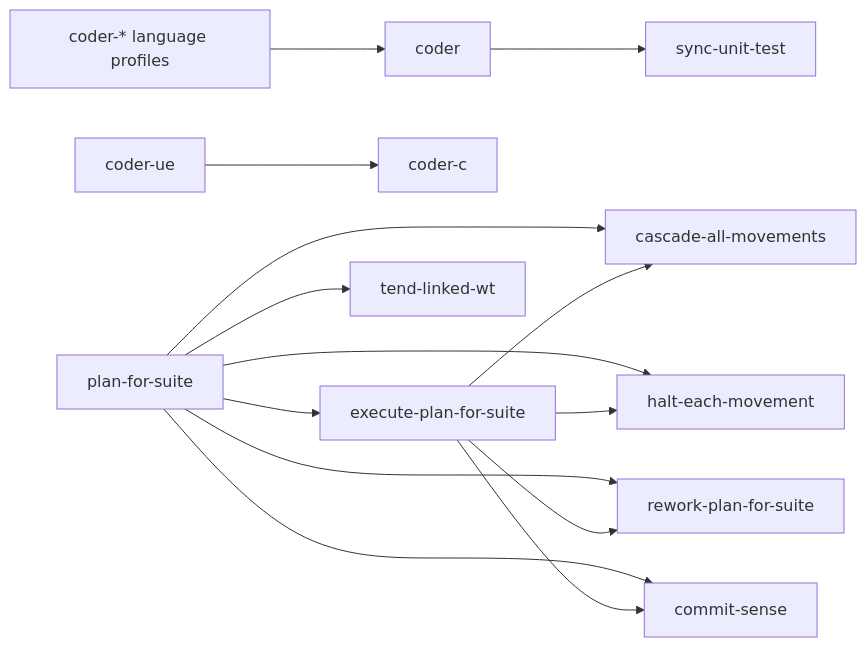
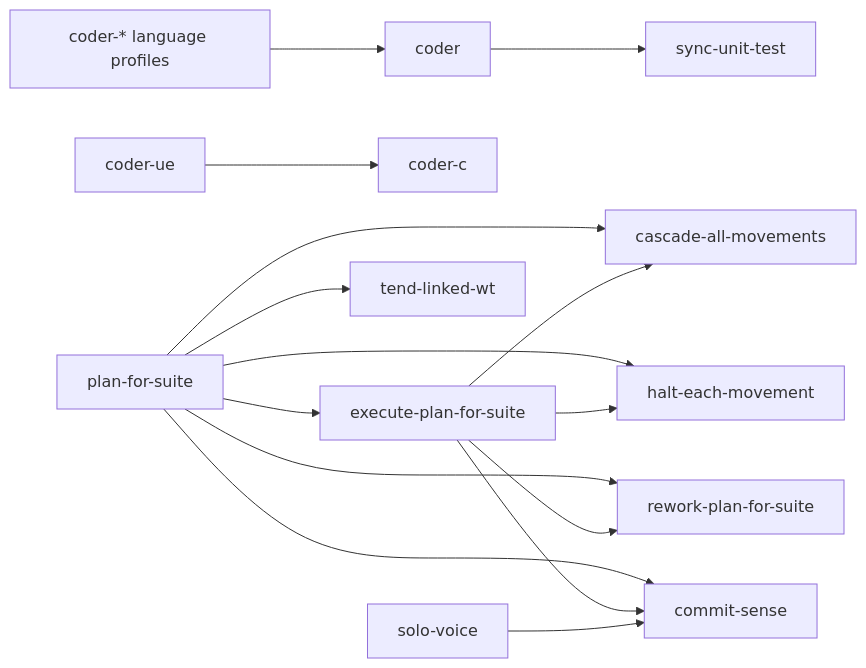
One commit to kami-lel/kaye-library changed the seventh of 10 diagrams in docs/blueprint-doc.md. Above: the diagram before and after it, drawn with Mermaid. The commit also changed 7 other files, not shown here.

First line of the commit message:
add solo-voice skill: run 1 instrumental Voice whole, then report

````diff
--- a/docs/blueprint-doc.md
+++ b/docs/blueprint-doc.md
@@ -232,16 +232,17 @@
 ```mermaid
 flowchart LR
     coder_profiles["coder-* language profiles"] --> coder
     coder_ue["coder-ue"] --> coder_c["coder-c"]
     coder --> sync_unit_test["sync-unit-test"]
     plan_for_suite["plan-for-suite"] --> execute_plan_for_suite["execute-plan-for-suite"]
     plan_for_suite --> cascade_all_movements["cascade-all-movements"]
     plan_for_suite --> halt_each_movement["halt-each-movement"]
     plan_for_suite --> rework_plan_for_suite["rework-plan-for-suite"]
     plan_for_suite --> tend_linked_wt["tend-linked-wt"]
     plan_for_suite --> commit_sense["commit-sense"]
     execute_plan_for_suite --> cascade_all_movements
     execute_plan_for_suite --> halt_each_movement
     execute_plan_for_suite --> rework_plan_for_suite
     execute_plan_for_suite --> commit_sense
+    solo_voice["solo-voice"] --> commit_sense
 ```
````
